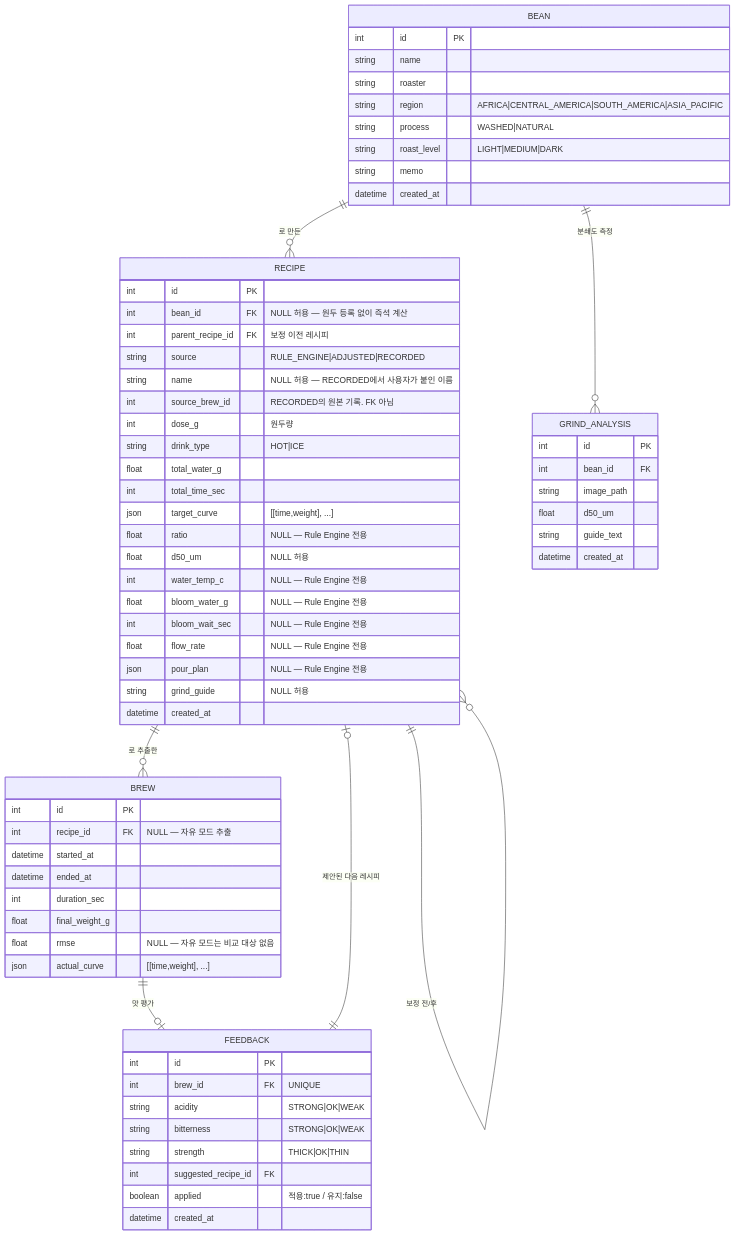
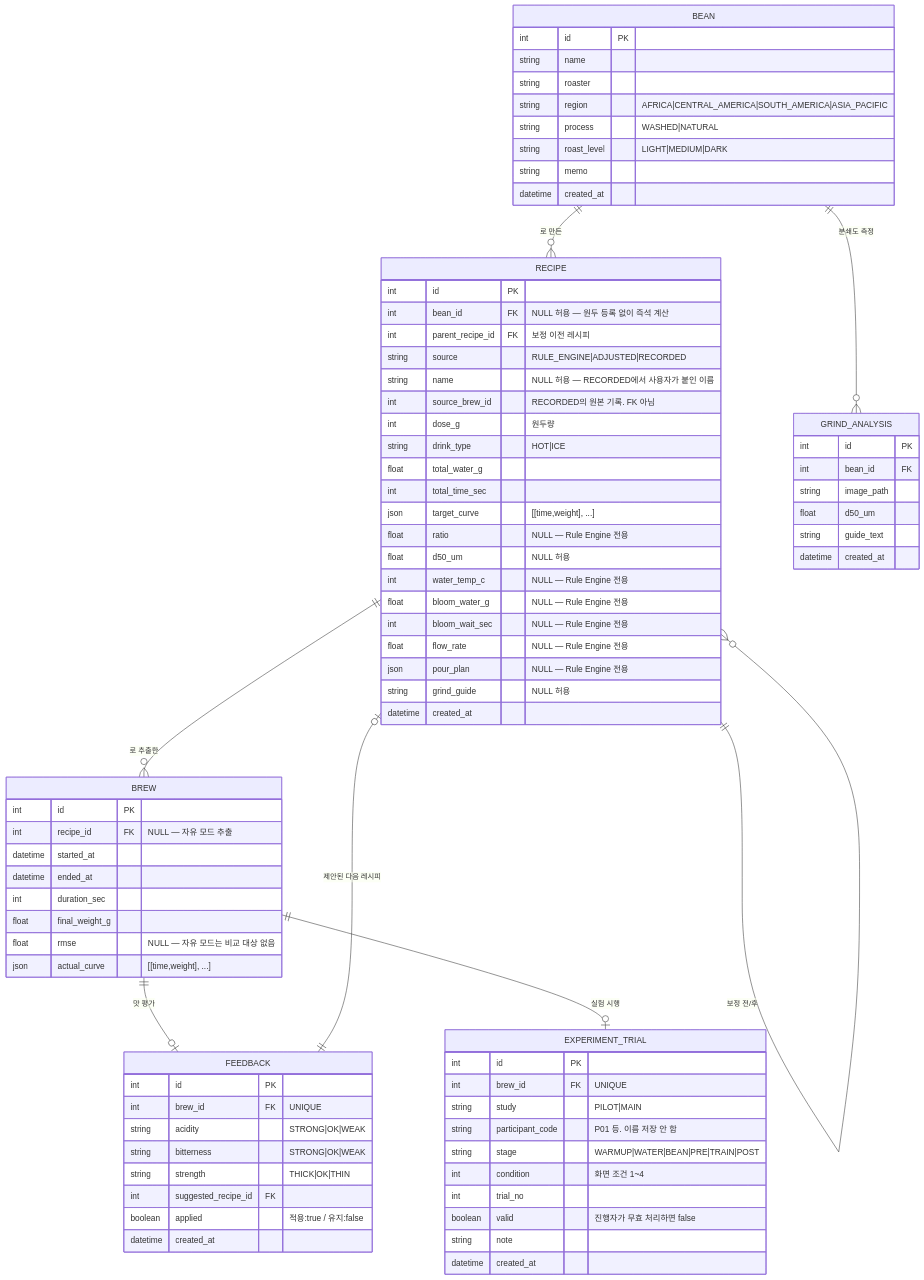
One commit to kmin-k/DripDraw_Hongik changed the diagram in docs/erd.md. Above: the diagram before and after it, drawn with Mermaid. The commit also changed other lines of this file and 18 other files, not shown here.

```diff
--- a/docs/erd.md
+++ b/docs/erd.md
@@ -11,6 +11,7 @@
     BREW ||--o| FEEDBACK : "맛 평가"
     FEEDBACK ||--o| RECIPE : "제안된 다음 레시피"
     BEAN ||--o{ GRIND_ANALYSIS : "분쇄도 측정"
+    BREW ||--o| EXPERIMENT_TRIAL : "실험 시행"
 
     BEAN {
         int id PK
@@ -68,6 +69,19 @@
         datetime created_at
     }
 
+    EXPERIMENT_TRIAL {
+        int id PK
+        int brew_id FK "UNIQUE"
+        string study "PILOT|MAIN"
+        string participant_code "P01 등. 이름 저장 안 함"
+        string stage "WARMUP|WATER|BEAN|PRE|TRAIN|POST"
+        int condition "화면 조건 1~4"
+        int trial_no
+        boolean valid "진행자가 무효 처리하면 false"
+        string note
+        datetime created_at
+    }
+
     GRIND_ANALYSIS {
         int id PK
         int bean_id FK
```
